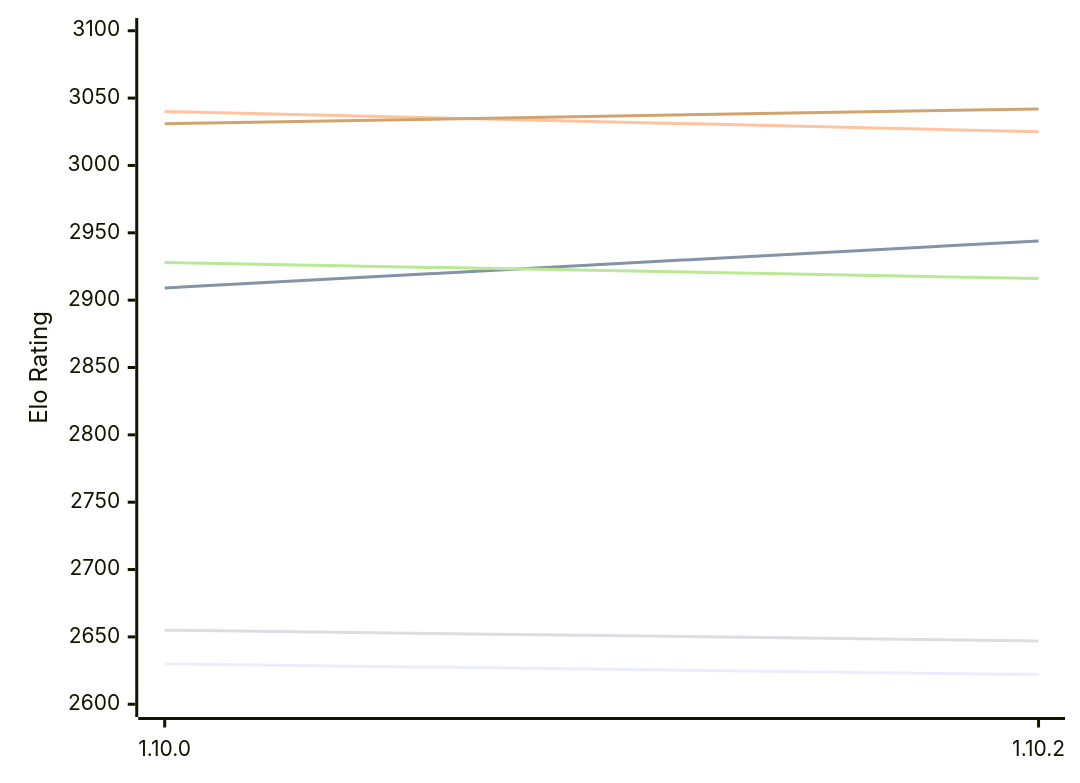
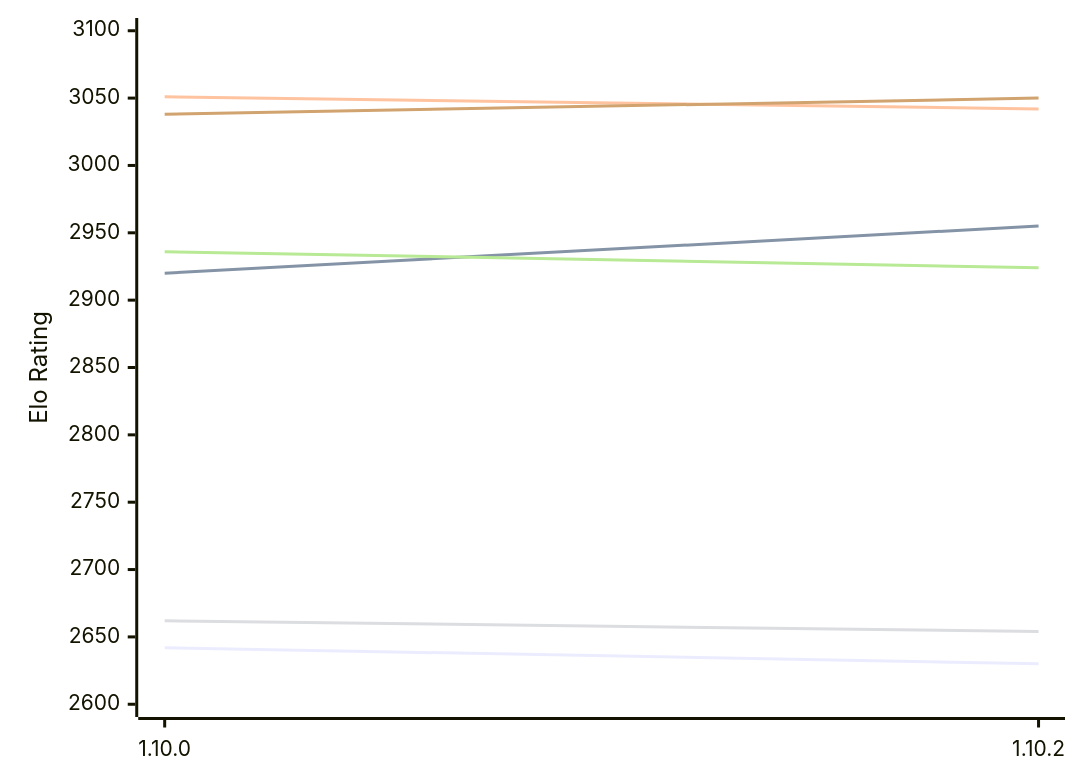
The first of 2 diagrams in engines/Basilisk.md (computer-chess-index/cci), drawn with Mermaid before and after one commit. The commit also changed other lines of this file, not shown here.

Commit message:
Update CCI Ratings (ELO VLTC) - 2026-10-25

````diff
--- a/engines/Basilisk.md
+++ b/engines/Basilisk.md
@@ -61,12 +61,12 @@
 ```mermaid
 %%{init: {"theme":"base","themeVariables":{"seriesColors:['#a3a3a3','#222221','#faa371']}}}%%
 xychart-beta
   x-axis ["1.10.0", "1.10.2"]
   y-axis "Elo Rating" 2600 --> 3100
-  line "E1: STC (8.0+0.08s)" [2630, 2622]
-  line "E1: LTC (60.0+0.60s)" [2909, 2944]
-  line "E1: VLTC (2m24s+1.12s)" [3040, 3025]
-  line "P1: STC (8.0+0.08s)" [2655, 2647]
-  line "P1: LTC (60.0+0.60s)" [2928, 2916]
-  line "P1: VLTC (2m24s+1.12s)" [3031, 3042]
+  line "E1: STC (8.0+0.08s)" [2642, 2630]
+  line "E1: LTC (60.0+0.60s)" [2920, 2955]
+  line "E1: VLTC (2m24s+1.12s)" [3051, 3042]
+  line "P1: STC (8.0+0.08s)" [2662, 2654]
+  line "P1: LTC (60.0+0.60s)" [2936, 2924]
+  line "P1: VLTC (2m24s+1.12s)" [3038, 3050]
 ```
````
